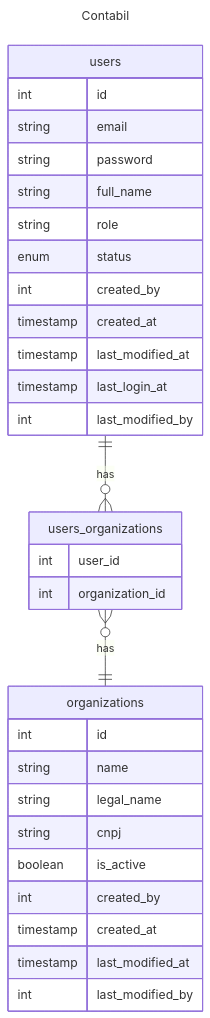
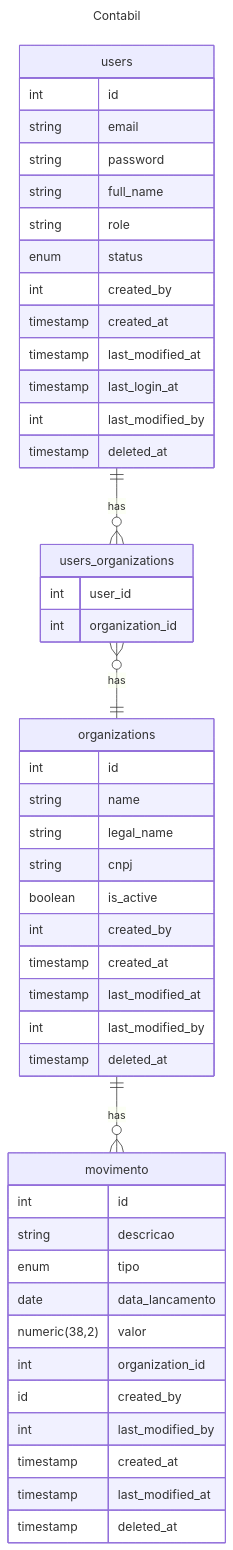
The diagram in README.MD (JMRwork/Contabil), drawn with Mermaid before and after one commit. The commit also changed other lines of this file, not shown here.

Commit message:
update readme with lancamento

````diff
--- a/README.MD
+++ b/README.MD
@@ -66,36 +67,52 @@
 ```mermaid
 ---
 title: Contabil
 ---
 erDiagram
     users ||--o{ users_organizations : has
     users_organizations }o--|| organizations : has
+    organizations ||--o{ movimento : has
     users {
-    	int id
-    	string email
-    	string password
-    	string full_name
-    	string role
-    	enum status
-    	int created_by
-    	timestamp created_at
-    	timestamp last_modified_at
-    	timestamp last_login_at
-    	int last_modified_by
+      int id
+      string email
+      string password
+      string full_name
+      string role
+      enum status
+      int created_by
+      timestamp created_at
+      timestamp last_modified_at
+      timestamp last_login_at
+      int last_modified_by
+      timestamp deleted_at
     }
     users_organizations {
-    	int user_id
-    	int organization_id
+      int user_id
+      int organization_id
     }
     organizations {
-    	int id
-    	string name
-    	string legal_name
-    	string cnpj
-    	boolean is_active
-    	int created_by
-    	timestamp created_at
-    	timestamp last_modified_at
-    	int last_modified_by
+      int id
+      string name
+      string legal_name
+      string cnpj
+      boolean is_active
+      int created_by
+      timestamp created_at
+      timestamp last_modified_at
+      int last_modified_by
+      timestamp deleted_at
+    }
+    movimento {
+      int id
+      string descricao
+      enum tipo
+      date data_lancamento
+      numeric(38,2) valor
+      int organization_id
+      id created_by
+      int last_modified_by
+      timestamp created_at
+      timestamp last_modified_at
+      timestamp deleted_at
     }
 ```
````
